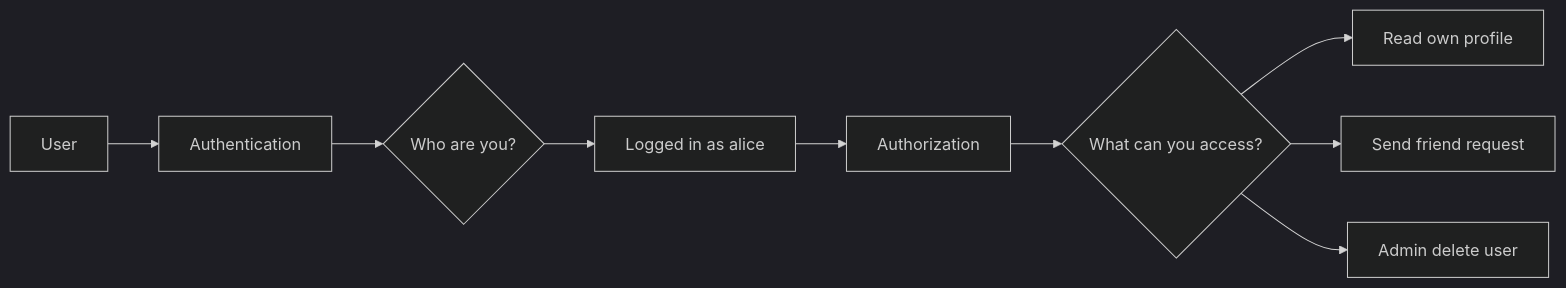
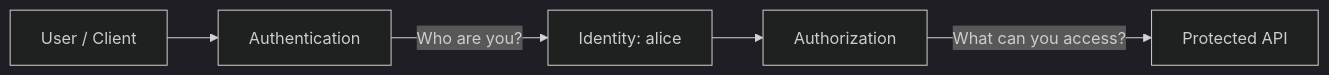
One commit to mthaiseer/springcloud-systemdesign-notes changed the first of 19 diagrams in HLD_NOTES/003_TECHNOLOGY_DEEP_DIVE/spring_boot_auth_authz_visual_reference.md. Above: the diagram before and after it, drawn with Mermaid (dark theme). The commit also changed other lines of this file and 19 other files, not shown here.

````diff
--- a/HLD_NOTES/003_TECHNOLOGY_DEEP_DIVE/spring_boot_auth_authz_visual_reference.md
+++ b/HLD_NOTES/003_TECHNOLOGY_DEEP_DIVE/spring_boot_auth_authz_visual_reference.md
@@ -43,11 +38,7 @@
 ```mermaid
 flowchart LR
-    A[User] --> B[Authentication]
-    B --> C{Who are you?}
-    C --> D[Logged in as alice]
-    D --> E[Authorization]
-    E --> F{What can you access?}
-    F --> G[Read own profile]
-    F --> H[Send friend request]
-    F --> I[Admin delete user]
+    User[User / Client] --> AuthN[Authentication]
+    AuthN -->|Who are you?| Identity[Identity: alice]
+    Identity --> AuthZ[Authorization]
+    AuthZ -->|What can you access?| Resource[Protected API]
 ```
````
